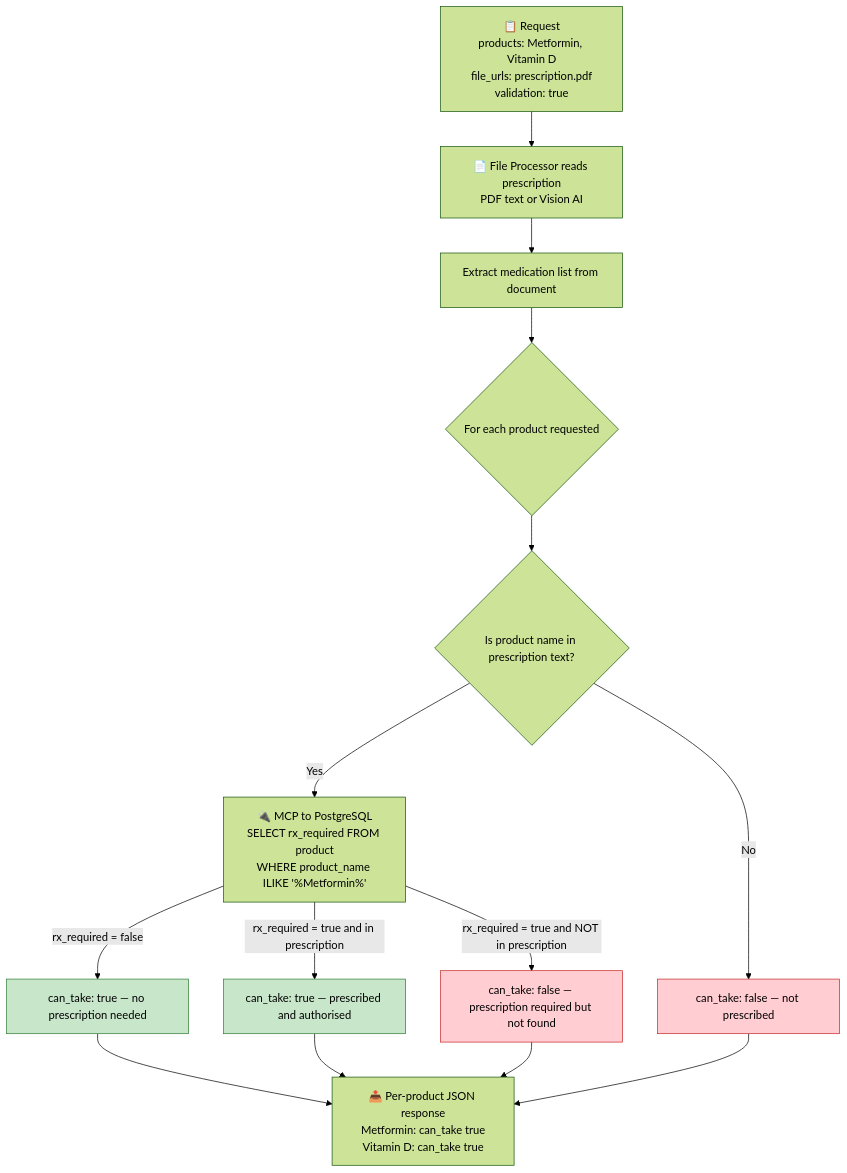
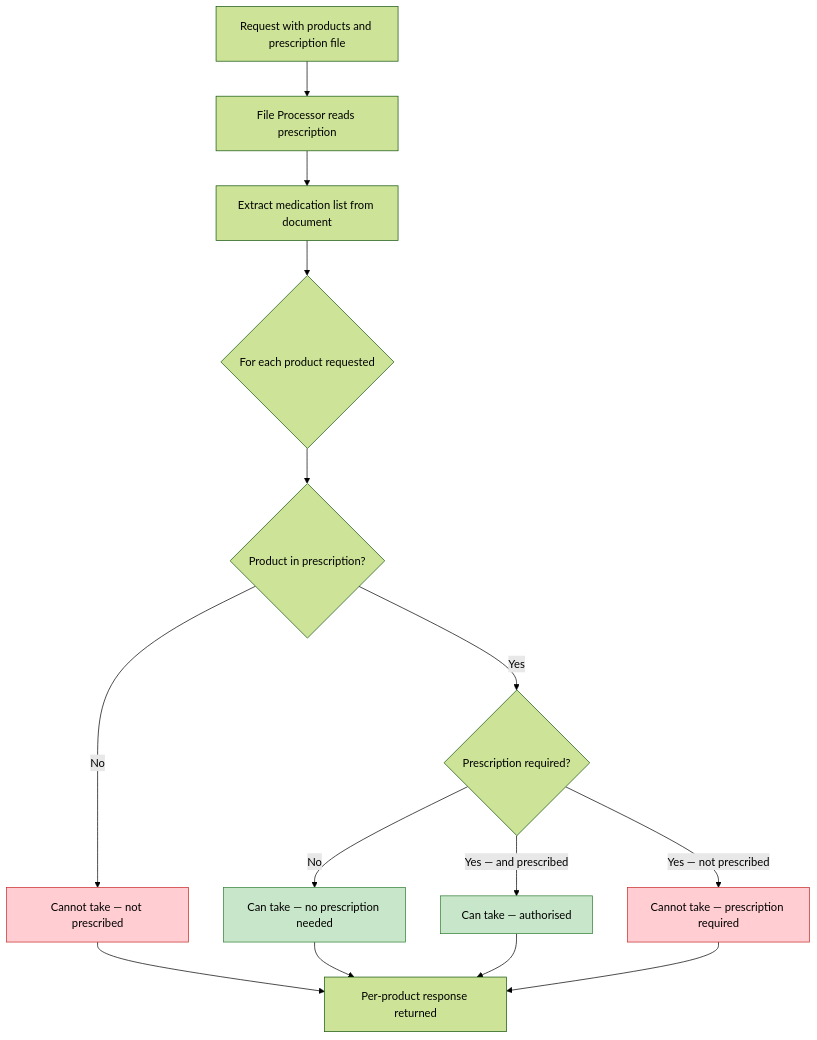
Before and after one commit to harshbhaskerwar/markdown-tests: diagram 11 of 16 in README.md, drawn with Mermaid (forest theme). The commit also changed other lines of this file, not shown here.

````diff
--- a/README.md
+++ b/README.md
@@ -540,27 +490,24 @@
 ```mermaid
 flowchart TD
-    REQ["📋 Request\nproducts: Metformin, Vitamin D\nfile_urls: prescription.pdf\nvalidation: true"]
-
-    REQ --> FILE_READ["📄 File Processor reads prescription\nPDF text or Vision AI"]
+    REQ["Request with products and prescription file"] --> FILE_READ["File Processor reads prescription"]
     FILE_READ --> EXTRACT["Extract medication list from document"]
-
     EXTRACT --> PER_PRODUCT{"For each product requested"}
 
-    PER_PRODUCT --> CHECK_PRES{"Is product name in prescription text?"}
-    CHECK_PRES -->|"Yes"| DB_CHECK["🔌 MCP to PostgreSQL\nSELECT rx_required FROM product\nWHERE product_name ILIKE '%Metformin%'"]
-    CHECK_PRES -->|"No"| CAN_TAKE_F["can_take: false — not prescribed"]
-    
-    DB_CHECK -->|"rx_required = false"| CAN_TAKE_T["can_take: true — no prescription needed"]
-    DB_CHECK -->|"rx_required = true and in prescription"| CAN_TAKE_T2["can_take: true — prescribed and authorised"]
-    DB_CHECK -->|"rx_required = true and NOT in prescription"| CAN_TAKE_F2["can_take: false — prescription required but not found"]
+    PER_PRODUCT --> CHECK{"Product in prescription?"}
+    CHECK -->|"No"| NOT_PRESCRIBED["Cannot take — not prescribed"]
+    CHECK -->|"Yes"| RX_CHECK{"Prescription required?"}
 
-    CAN_TAKE_T --> RESP["📤 Per-product JSON response\nMetformin: can_take true\nVitamin D: can_take true"]
+    RX_CHECK -->|"No"| CAN_TAKE_T["Can take — no prescription needed"]
+    RX_CHECK -->|"Yes — and prescribed"| CAN_TAKE_T2["Can take — authorised"]
+    RX_CHECK -->|"Yes — not prescribed"| CAN_TAKE_F2["Cannot take — prescription required"]
+
+    CAN_TAKE_T --> RESP["Per-product response returned"]
     CAN_TAKE_T2 --> RESP
-    CAN_TAKE_F --> RESP
+    NOT_PRESCRIBED --> RESP
     CAN_TAKE_F2 --> RESP
 
     style CAN_TAKE_T fill:#c8e6c9,stroke:#2e7d32
     style CAN_TAKE_T2 fill:#c8e6c9,stroke:#2e7d32
-    style CAN_TAKE_F fill:#ffcdd2,stroke:#c62828
+    style NOT_PRESCRIBED fill:#ffcdd2,stroke:#c62828
     style CAN_TAKE_F2 fill:#ffcdd2,stroke:#c62828
 ```
````
